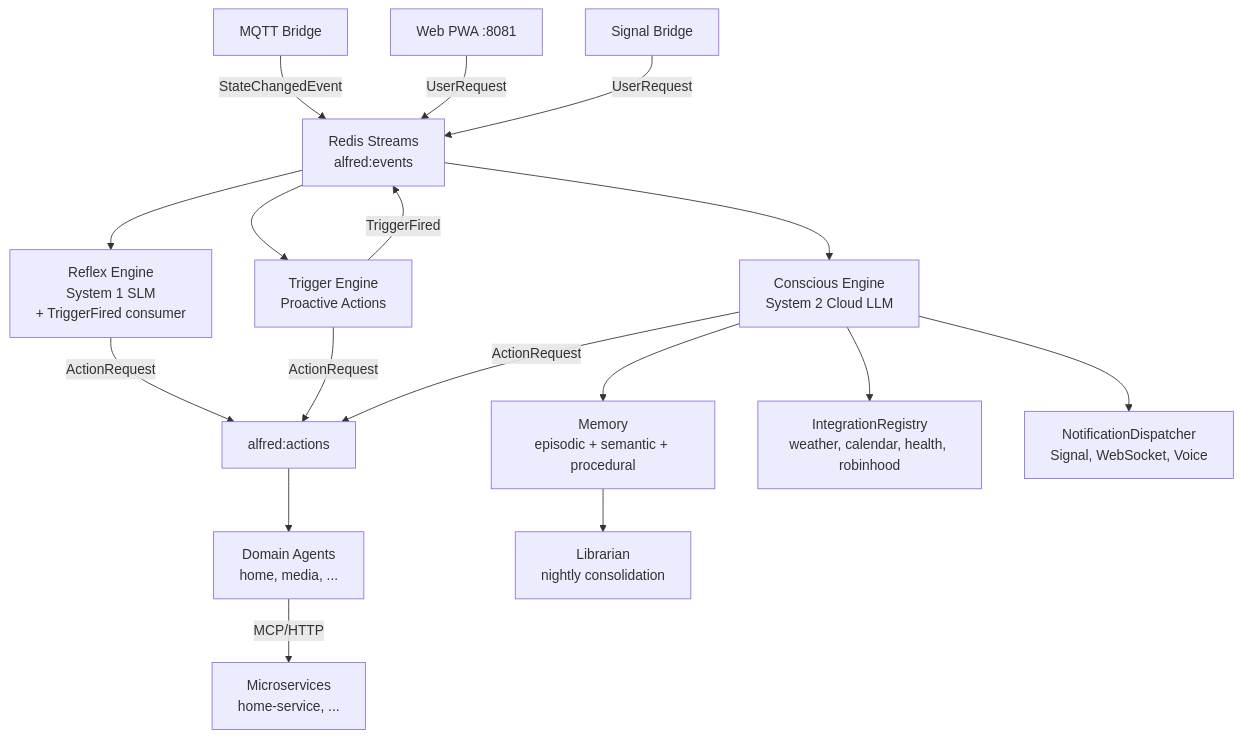
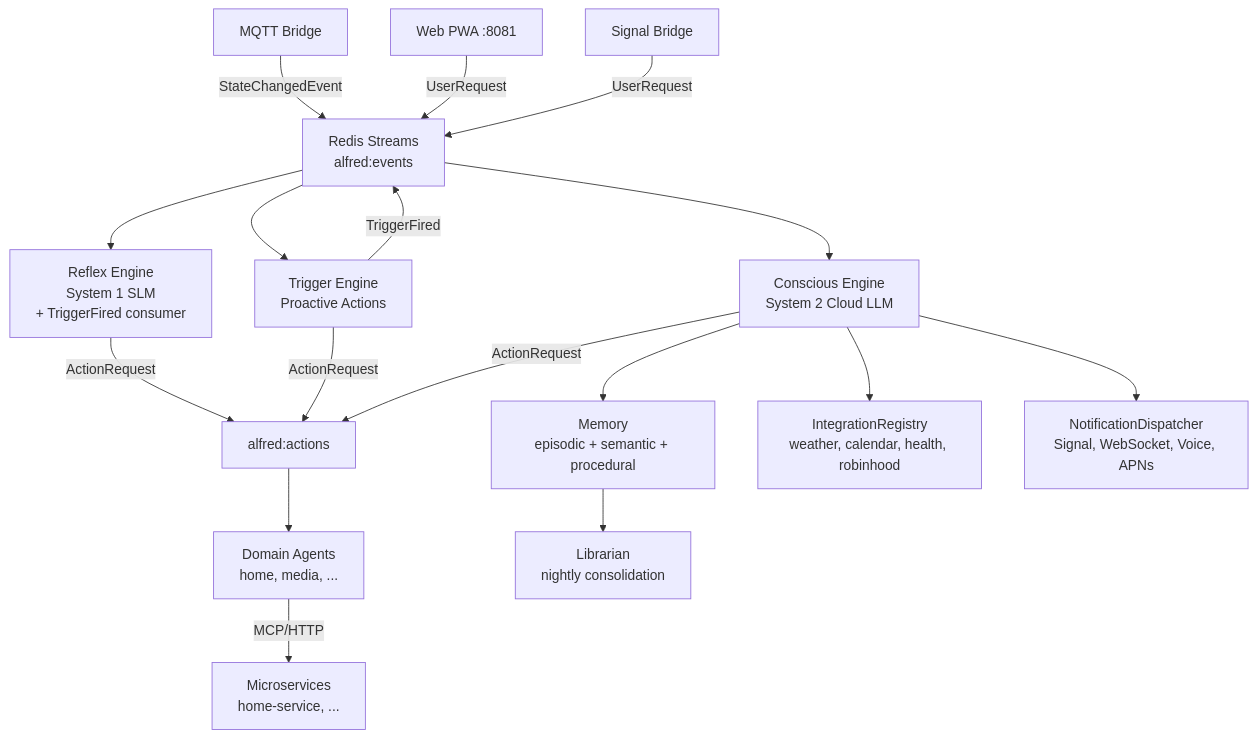
Before and after one commit to anirudhlath/alfred: the diagram in CLAUDE.md, drawn with Mermaid. The commit also changed other lines of this file and 1 other file, not shown here.

````diff
--- a/CLAUDE.md
+++ b/CLAUDE.md
@@ -114,19 +116,19 @@
 ```mermaid
 graph TD
     MQTT[MQTT Bridge] -->|StateChangedEvent| Bus[Redis Streams<br/>alfred:events]
     Bus --> Reflex[Reflex Engine<br/>System 1 SLM<br/>+ TriggerFired consumer]
     Bus --> Triggers[Trigger Engine<br/>Proactive Actions]
     Bus --> Conscious[Conscious Engine<br/>System 2 Cloud LLM]
     Reflex -->|ActionRequest| Actions[alfred:actions]
     Triggers -->|ActionRequest| Actions
     Triggers -->|TriggerFired| Bus
     Conscious -->|ActionRequest| Actions
     Actions --> Agents[Domain Agents<br/>home, media, ...]
     Agents -->|MCP/HTTP| Services[Microservices<br/>home-service, ...]
     Conscious --> Memory[Memory<br/>episodic + semantic + procedural]
     Conscious --> Integrations[IntegrationRegistry<br/>weather, calendar, health, robinhood]
-    Conscious --> Notify[NotificationDispatcher<br/>Signal, WebSocket, Voice]
+    Conscious --> Notify[NotificationDispatcher<br/>Signal, WebSocket, Voice, APNs]
     Memory --> Librarian[Librarian<br/>nightly consolidation]
     WebChannel[Web PWA :8081] -->|UserRequest| Bus
     Signal[Signal Bridge] -->|UserRequest| Bus
 ```
````
